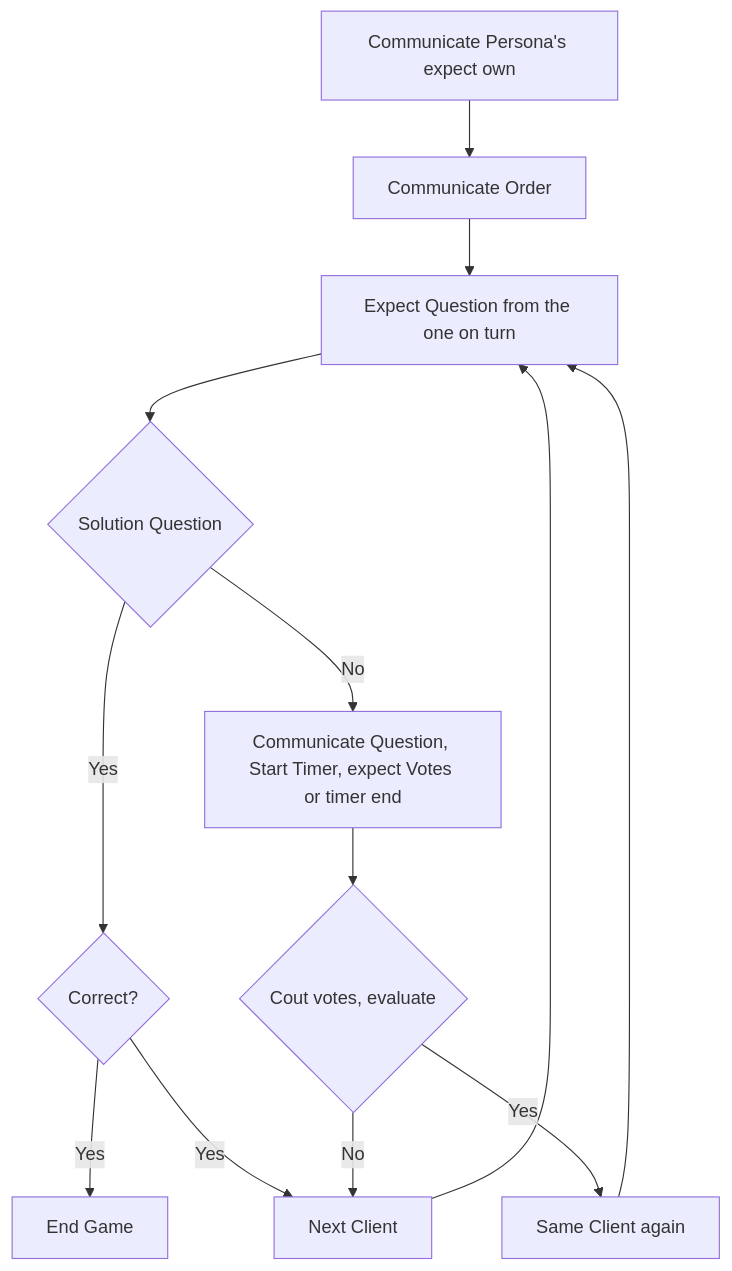
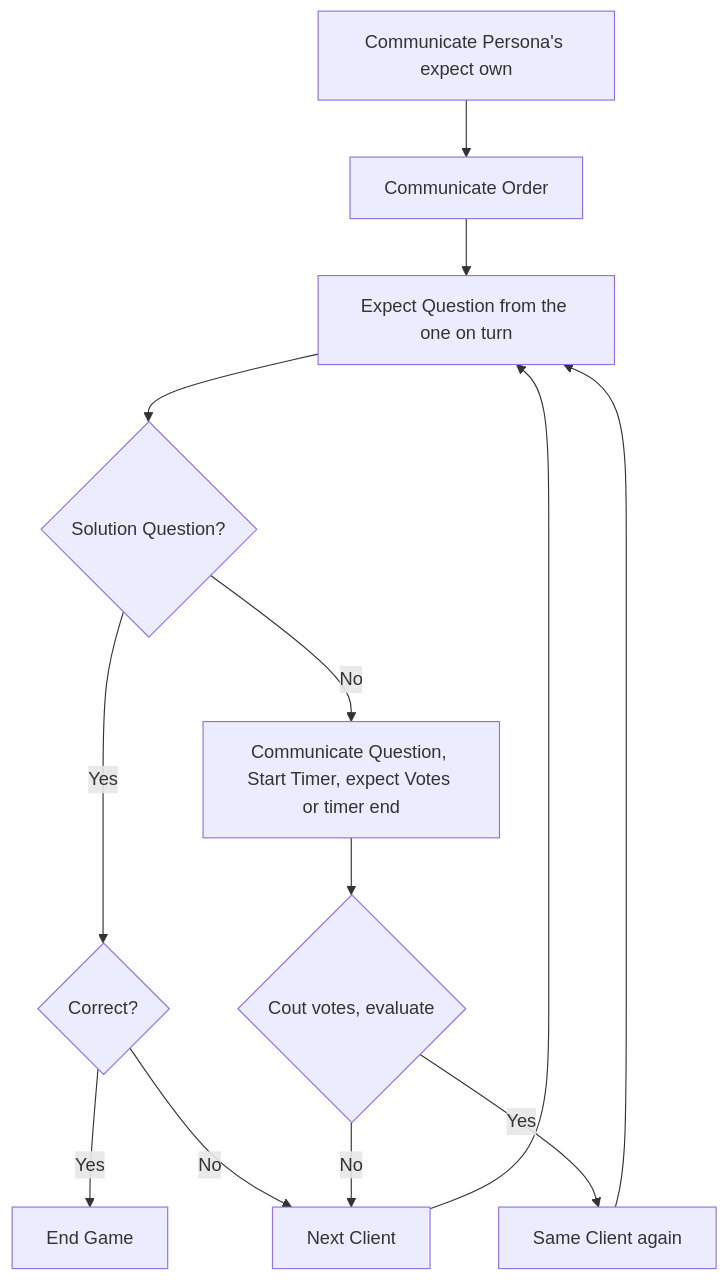
The second of 2 diagrams in README.md (Chantifa/whoami), drawn with Mermaid before and after one commit. The commit also changed other lines of this file, not shown here.

Commit message:
Ready up, typos

````diff
--- a/README.md
+++ b/README.md
@@ -100,16 +100,16 @@
 ```mermaid
 graph TB
     1[Communicate Persona's expect own] -->
     2[Communicate Order] -->
-    3[Expect Question from the one on turn] -->8{Solution Question};
+    3[Expect Question from the one on turn] -->8{Solution Question?};
     8 -->|Yes| 9{Correct?};
     9 -->|Yes| 10[End Game];
-    9 -->|Yes| 7;
+    9 -->|No| 7;
     8 --> |No| 4[Communicate Question, Start Timer, expect Votes or timer end];
     4 --> 5{Cout votes, evaluate} ;
     5 -->|Yes| 6[Same Client again];
     5 -->|No| 7[Next Client]; 
     6 --> 3; 7 --> 3;
 
 
 ```
````
